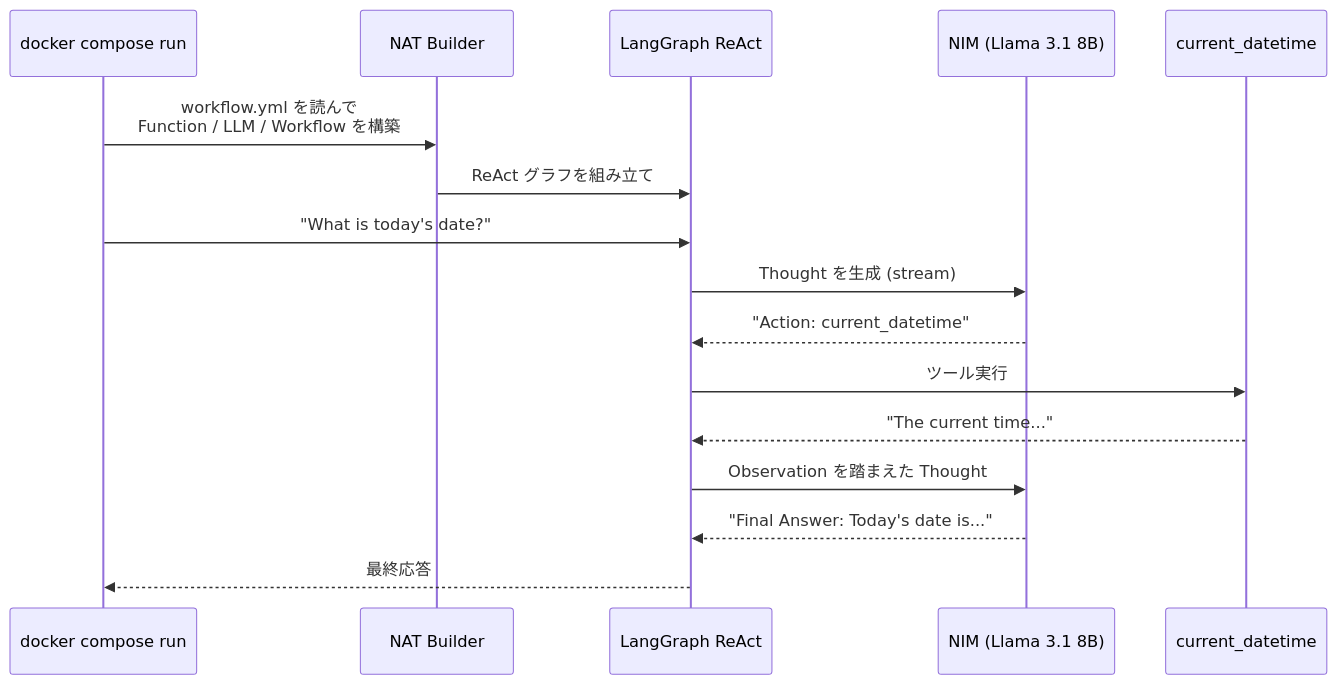
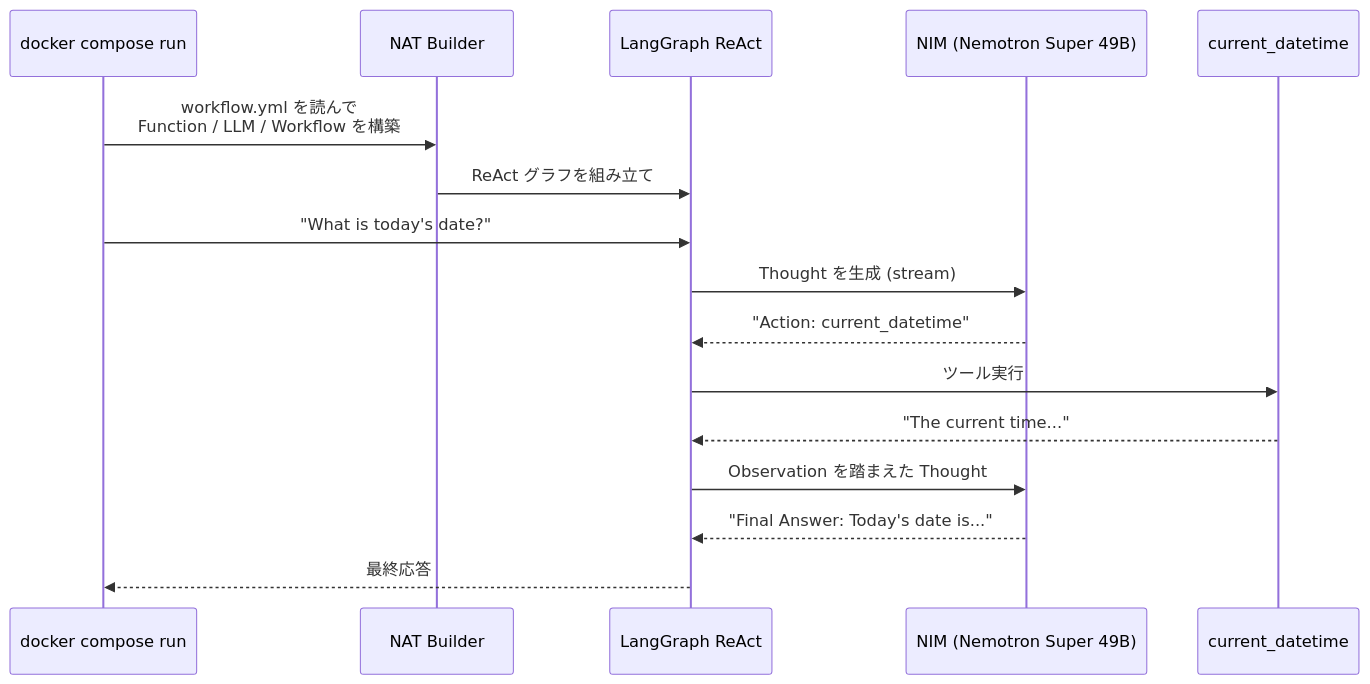
Before and after one commit to himorishige/zenn-contents: the diagram in books/nemo-agent-toolkit-nim-handson/03-hello-agent.md, drawn with Mermaid. The commit also changed other lines of this file and 7 other files, not shown here.

First line of the commit message:
docs(book/nat-handson): 全章の workflow LLM を Nemotron Super 49B に統一

````diff
--- a/books/nemo-agent-toolkit-nim-handson/03-hello-agent.md
+++ b/books/nemo-agent-toolkit-nim-handson/03-hello-agent.md
@@ -148,19 +148,19 @@
 ```mermaid
 sequenceDiagram
     participant User as docker compose run
     participant Builder as NAT Builder
     participant LG as LangGraph ReAct
-    participant NIM as NIM (Llama 3.1 8B)
+    participant NIM as NIM (Nemotron Super 49B)
     participant Tool as current_datetime
 
     User->>Builder: workflow.yml を読んで<br/>Function / LLM / Workflow を構築
     Builder->>LG: ReAct グラフを組み立て
     User->>LG: "What is today's date?"
     LG->>NIM: Thought を生成 (stream)
     NIM-->>LG: "Action: current_datetime"
     LG->>Tool: ツール実行
     Tool-->>LG: "The current time..."
     LG->>NIM: Observation を踏まえた Thought
     NIM-->>LG: "Final Answer: Today's date is..."
     LG-->>User: 最終応答
 ```
````
